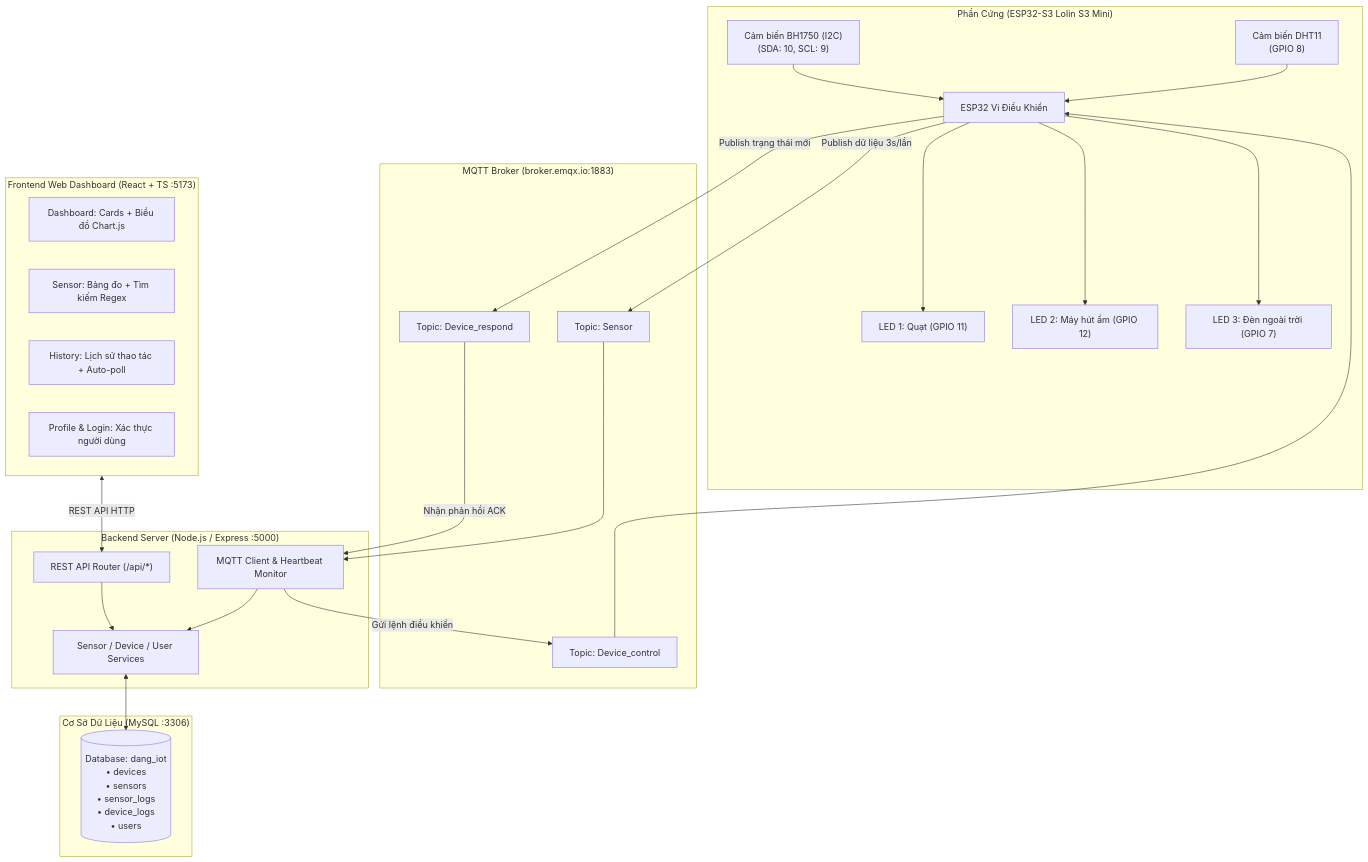
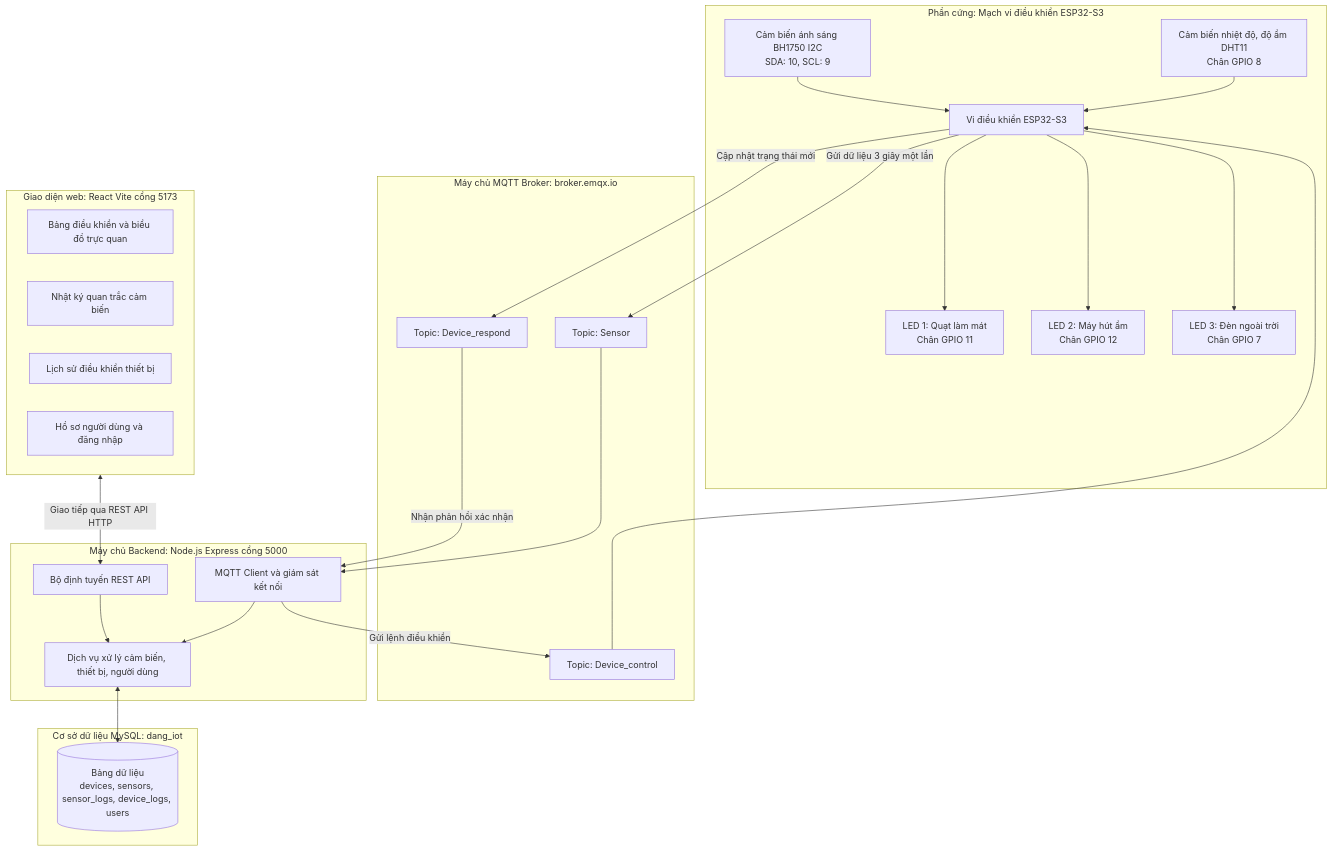
The diagram in README.md (HaiDang2708/IoT), drawn with Mermaid before and after one commit. The commit also changed other lines of this file, not shown here.

````diff
--- a/README.md
+++ b/README.md
@@ -107,46 +108,46 @@
 ```mermaid
 flowchart TD
-    subgraph HARDWARE["Phần Cứng (ESP32-S3 Lolin S3 Mini)"]
-        DHT["Cảm biến DHT11<br/>(GPIO 8)"] --> ESP["ESP32 Vi Điều Khiển"]
-        BH["Cảm biến BH1750 (I2C)<br/>(SDA: 10, SCL: 9)"] --> ESP
-        ESP --> LED1["LED 1: Quạt (GPIO 11)"]
-        ESP --> LED2["LED 2: Máy hút ẩm (GPIO 12)"]
-        ESP --> LED3["LED 3: Đèn ngoài trời (GPIO 7)"]
+    subgraph HARDWARE["Phần cứng: Mạch vi điều khiển ESP32-S3"]
+        DHT["Cảm biến nhiệt độ, độ ẩm DHT11<br/>Chân GPIO 8"] --> ESP["Vi điều khiển ESP32-S3"]
+        BH["Cảm biến ánh sáng BH1750 I2C<br/>SDA: 10, SCL: 9"] --> ESP
+        ESP --> LED1["LED 1: Quạt làm mát<br/>Chân GPIO 11"]
+        ESP --> LED2["LED 2: Máy hút ẩm<br/>Chân GPIO 12"]
+        ESP --> LED3["LED 3: Đèn ngoài trời<br/>Chân GPIO 7"]
     end
 
-    subgraph BROKER["MQTT Broker (broker.emqx.io:1883)"]
+    subgraph BROKER["Máy chủ MQTT Broker: broker.emqx.io"]
         T_SENSOR["Topic: Sensor"]
         T_CMD["Topic: Device_control"]
         T_ACK["Topic: Device_respond"]
     end
 
-    subgraph BACKEND["Backend Server (Node.js / Express :5000)"]
-        MQTT_CLIENT["MQTT Client & Heartbeat Monitor"]
-        REST_API["REST API Router (/api/*)"]
-        SERVICES["Sensor / Device / User Services"]
+    subgraph BACKEND["Máy chủ Backend: Node.js Express cổng 5000"]
+        MQTT_CLIENT["MQTT Client và giám sát kết nối"]
+        REST_API["Bộ định tuyến REST API"]
+        SERVICES["Dịch vụ xử lý cảm biến, thiết bị, người dùng"]
     end
 
-    subgraph DATABASE["Cơ Sở Dữ Liệu (MySQL :3306)"]
-        DB[("Database: dang_iot<br/>• devices<br/>• sensors<br/>• sensor_logs<br/>• device_logs<br/>• users")]
+    subgraph DATABASE["Cơ sở dữ liệu MySQL: dang_iot"]
+        DB[("Bảng dữ liệu<br/>devices, sensors, sensor_logs, device_logs, users")]
     end
 
-    subgraph FRONTEND["Frontend Web Dashboard (React + TS :5173)"]
-        UI_DASH["Dashboard: Cards + Biểu đồ Chart.js"]
-        UI_SENS["Sensor: Bảng đo + Tìm kiếm Regex"]
-        UI_HIST["History: Lịch sử thao tác + Auto-poll"]
-        UI_PROF["Profile & Login: Xác thực người dùng"]
+    subgraph FRONTEND["Giao diện web: React Vite cổng 5173"]
+        UI_DASH["Bảng điều khiển và biểu đồ trực quan"]
+        UI_SENS["Nhật ký quan trắc cảm biến"]
+        UI_HIST["Lịch sử điều khiển thiết bị"]
+        UI_PROF["Hồ sơ người dùng và đăng nhập"]
     end
 
-    ESP -->|Publish dữ liệu 3s/lần| T_SENSOR
+    ESP -->|Gửi dữ liệu 3 giây một lần| T_SENSOR
     T_SENSOR --> MQTT_CLIENT
-    T_ACK -->|Nhận phản hồi ACK| MQTT_CLIENT
-    ESP -->|Publish trạng thái mới| T_ACK
+    T_ACK -->|Nhận phản hồi xác nhận| MQTT_CLIENT
+    ESP -->|Cập nhật trạng thái mới| T_ACK
     MQTT_CLIENT -->|Gửi lệnh điều khiển| T_CMD
     T_CMD --> ESP
 
     MQTT_CLIENT --> SERVICES
     REST_API --> SERVICES
     SERVICES <--> DB
 
-    FRONTEND <-->|REST API HTTP| REST_API
+    FRONTEND <-->|Giao tiếp qua REST API HTTP| REST_API
 ```
````
